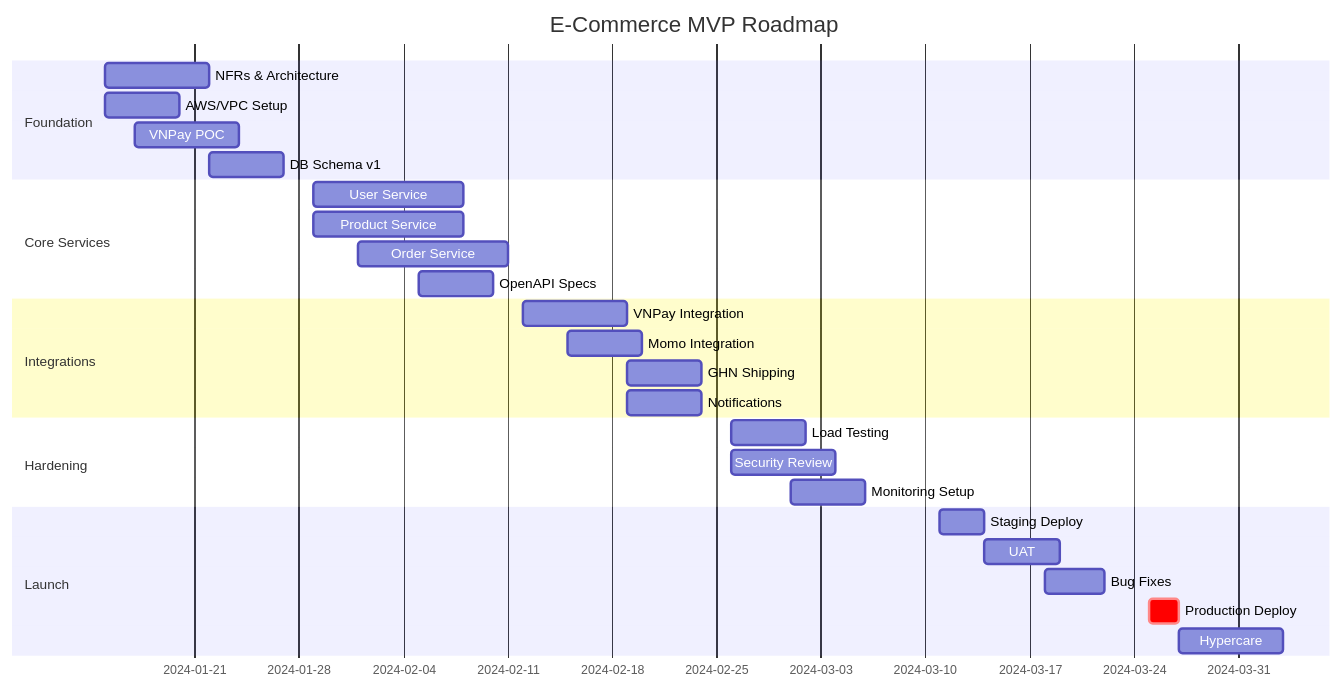
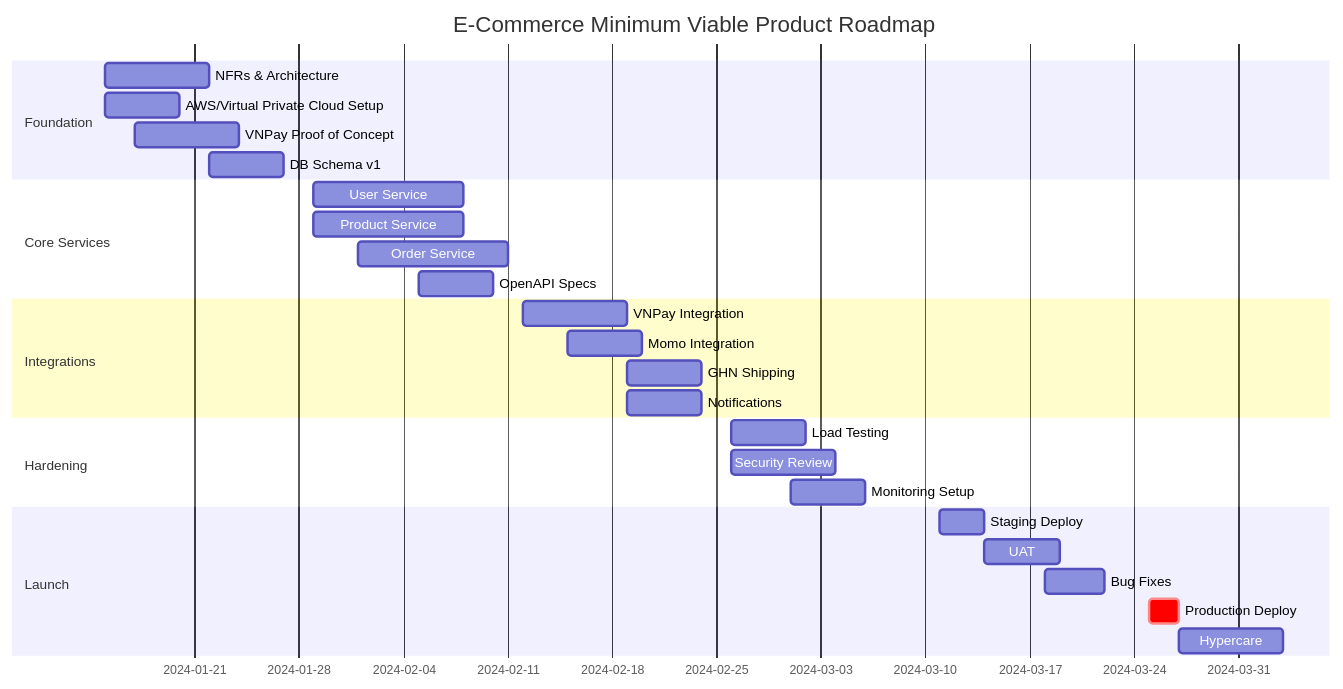
Diagram 11 of 23 in So_tay_SA_VN.md (chungminhtu/S--tay-SA--Solution-Architect-), drawn with Mermaid before and after one commit. The commit also changed other lines of this file, not shown here.

````diff
--- a/So_tay_SA_VN.md
+++ b/So_tay_SA_VN.md
@@ -1712,30 +1712,30 @@
 ```mermaid
 gantt
-    title E-Commerce MVP Roadmap
+    title E-Commerce Minimum Viable Product Roadmap
     dateFormat  YYYY-MM-DD
     section Foundation
     NFRs & Architecture     :f1, 2024-01-15, 7d
-    AWS/VPC Setup          :f2, 2024-01-15, 5d
-    VNPay POC              :f3, 2024-01-17, 7d
+    AWS/Virtual Private Cloud Setup          :f2, 2024-01-15, 5d
+    VNPay Proof of Concept              :f3, 2024-01-17, 7d
     DB Schema v1           :f4, 2024-01-22, 5d
     section Core Services
     User Service           :c1, 2024-01-29, 10d
     Product Service        :c2, 2024-01-29, 10d
     Order Service          :c3, 2024-02-01, 10d
     OpenAPI Specs          :c4, 2024-02-05, 5d
     section Integrations
     VNPay Integration      :i1, 2024-02-12, 7d
     Momo Integration       :i2, 2024-02-15, 5d
     GHN Shipping           :i3, 2024-02-19, 5d
     Notifications          :i4, 2024-02-19, 5d
     section Hardening
     Load Testing           :h1, 2024-02-26, 5d
     Security Review        :h2, 2024-02-26, 7d
     Monitoring Setup       :h3, 2024-03-01, 5d
     section Launch
     Staging Deploy         :l1, 2024-03-11, 3d
     UAT                    :l2, 2024-03-14, 5d
     Bug Fixes              :l3, 2024-03-18, 4d
     Production Deploy      :crit, l4, 2024-03-25, 2d
     Hypercare              :l5, 2024-03-27, 7d
 ```
````
